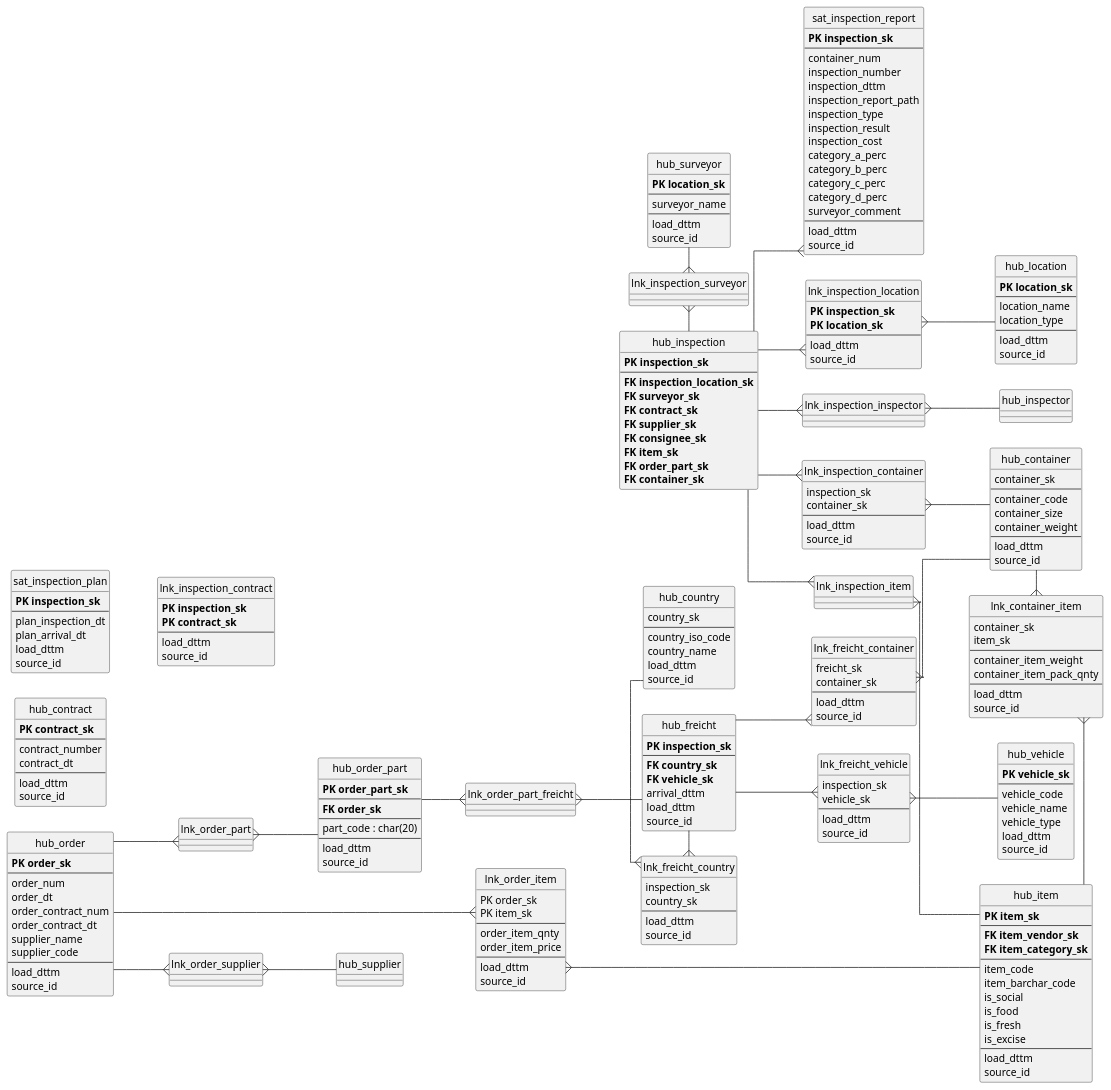
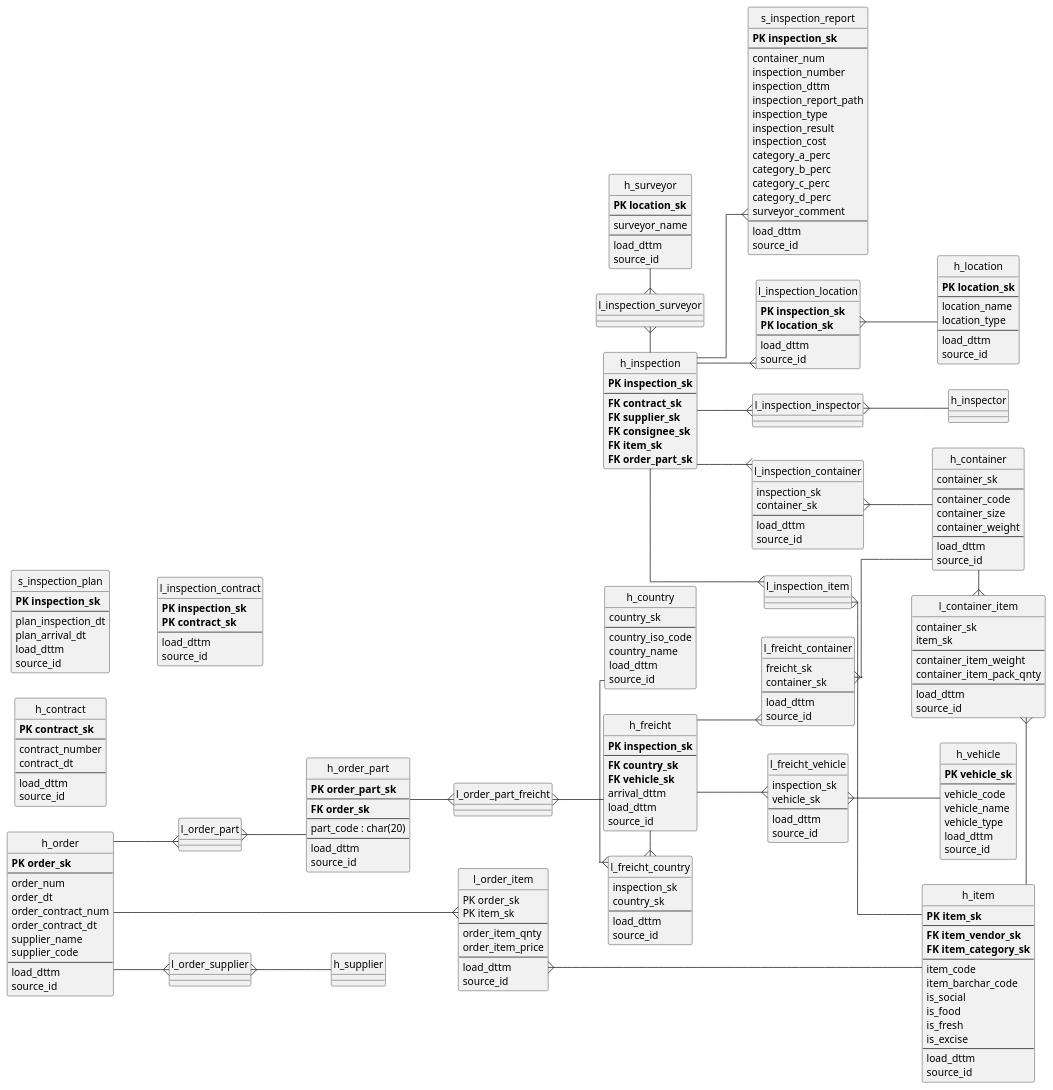
One commit to rsnlearn/karpov_hard_de_40 changed the diagram in 01_dwh_design/08_project/erd/inspections_data_vault.puml. Above: the diagram before and after it, drawn with PlantUML. The commit also changed 1 other file, not shown here.

```diff
--- a/01_dwh_design/08_project/erd/inspections_data_vault.puml
+++ b/01_dwh_design/08_project/erd/inspections_data_vault.puml
@@ -7,20 +7,17 @@
 ' avoid problems with angled crows feet
 skinparam linetype ortho
 
-entity hub_inspection {
+entity h_inspection {
     **PK inspection_sk**
     --
-    **FK inspection_location_sk**
-    **FK surveyor_sk**
     **FK contract_sk**
     **FK supplier_sk**
     **FK consignee_sk**
     **FK item_sk**
     **FK order_part_sk**
-    **FK container_sk**
 }
 
-entity sat_inspection_plan {
+entity s_inspection_plan {
     **PK inspection_sk**
     --
     plan_inspection_dt
@@ -29,7 +26,7 @@
     source_id
 }
 
-entity hub_freicht {
+entity h_freicht {
     **PK inspection_sk**
     --
     **FK country_sk**
@@ -39,7 +36,7 @@
     source_id
 }
 
-entity hub_country {
+entity h_country {
     country_sk
     --
     country_iso_code
@@ -48,7 +45,7 @@
     source_id
 }
 
-entity lnk_freicht_country {
+entity l_freicht_country {
     inspection_sk
     country_sk
     --
@@ -56,7 +53,7 @@
     source_id
 }
 
-entity hub_vehicle {
+entity h_vehicle {
     **PK vehicle_sk**
     --
     vehicle_code
@@ -66,7 +63,7 @@
     source_id
 }
 
-entity lnk_freicht_vehicle {
+entity l_freicht_vehicle {
     inspection_sk
     vehicle_sk
     --
@@ -74,7 +71,7 @@
     source_id
 }
 
-entity hub_container {
+entity h_container {
     container_sk
     --
     container_code
@@ -85,7 +82,7 @@
     source_id
 }
 
-entity lnk_inspection_container {
+entity l_inspection_container {
     inspection_sk
     container_sk
     --
@@ -93,7 +90,7 @@
     source_id
 }
 
-entity lnk_freicht_container {
+entity l_freicht_container {
     freicht_sk
     container_sk
     --
@@ -101,7 +98,7 @@
     source_id
 }
 
-'entity sat_inspection_sendout{
+'entity s_inspection_sendout{
 '    **PK inspection_sk**
 '    --
 '    sendout_dt
@@ -109,7 +106,7 @@
 '    source_id
 '}
 
-entity lnk_container_item {
+entity l_container_item {
     container_sk
     item_sk
     --
@@ -120,7 +117,7 @@
     source_id
 }
 
-entity sat_inspection_report {
+entity s_inspection_report {
     **PK inspection_sk**
     --
     container_num
@@ -140,7 +137,7 @@
     source_id
 }
 
-entity hub_item {
+entity h_item {
     **PK item_sk**
     --
     **FK item_vendor_sk**
@@ -157,7 +154,7 @@
     source_id
 }
 
-entity hub_location {
+entity h_location {
     **PK location_sk**
     --
     location_name
@@ -167,7 +164,7 @@
     source_id
 }
 
-entity lnk_inspection_location{
+entity l_inspection_location{
     **PK inspection_sk**
     **PK location_sk**
     --
@@ -175,7 +172,7 @@
     source_id
 }
 
-entity hub_surveyor {
+entity h_surveyor {
     **PK location_sk**
     --
     surveyor_name
@@ -184,7 +181,7 @@
     source_id
 }
 
-entity hub_contract {
+entity h_contract {
     **PK contract_sk**
     --
     contract_number
@@ -194,7 +191,7 @@
     source_id
 }
 
-entity lnk_inspection_contract {
+entity l_inspection_contract {
     **PK inspection_sk**
     **PK contract_sk**
     --
@@ -202,7 +199,7 @@
     source_id
 }
 
-entity hub_order {
+entity h_order {
     **PK order_sk**
     --
     order_num
@@ -216,7 +213,7 @@
     source_id
 }
 
-entity lnk_order_item {
+entity l_order_item {
     PK order_sk
     PK item_sk
     --
@@ -227,7 +224,7 @@
     source_id
 }
 
-entity hub_order_part {
+entity h_order_part {
     **PK order_part_sk**
     --
     **FK order_sk**
@@ -265,69 +262,69 @@
 '    utilization_qnty
 '}
 
-'sat_inspection_report ||..up[hidden]|| sat_inspection_freicht
-'sat_inspection_freicht ||..up[hidden]|| sat_inspection_plan
-'sat_inspection_freicht ||.up[hidden]|| sat_inspection_sendout
-'sat_inspection_report - hub_inspection
-'sat_inspection_freicht - hub_inspection
-'sat_inspection_plan - hub_inspection
-'sat_inspection_sendout- hub_inspection
-'hub_location ||..[hidden]|| hub_country
-'hub_surveyor ||..[hidden]|| hub_item
-'hub_country ||.down[hidden]|| hub_item
-'hub_location ||--o{ lnk_inspection_location
-'lnk_inspection_location }o--|| hub_inspection
-'hub_country ||--o{ lnk_inspection_country
-'lnk_inspection_country }o--|| hub_inspection
-'hub_item ||--o{ hub_inspection
-'hub_surveyor ||--o{ hub_inspection
-'hub_inspection }o--|| lnk_inspection_contract
-'lnk_inspection_contract }o--|| hub_contract
-'hub_inspection }o--|| hub_order_part
-'hub_inspection }o--|| hub_vehicle
-'hub_order_part }o--|| fact_order
-'hub_country ||.down[hidden]|| hub_item
-'hub_inspection ||-o{fact_sorting
+'s_inspection_report ||..up[hidden]|| s_inspection_freicht
+'s_inspection_freicht ||..up[hidden]|| s_inspection_plan
+'s_inspection_freicht ||.up[hidden]|| s_inspection_sendout
+'s_inspection_report - h_inspection
+'s_inspection_freicht - h_inspection
+'s_inspection_plan - h_inspection
+'s_inspection_sendout- h_inspection
+'h_location ||..[hidden]|| h_country
+'h_surveyor ||..[hidden]|| h_item
+'h_country ||.down[hidden]|| h_item
+'h_location ||--o{ l_inspection_location
+'l_inspection_location }o--|| h_inspection
+'h_country ||--o{ l_inspection_country
+'l_inspection_country }o--|| h_inspection
+'h_item ||--o{ h_inspection
+'h_surveyor ||--o{ h_inspection
+'h_inspection }o--|| l_inspection_contract
+'l_inspection_contract }o--|| h_contract
+'h_inspection }o--|| h_order_part
+'h_inspection }o--|| h_vehicle
+'h_order_part }o--|| fact_order
+'h_country ||.down[hidden]|| h_item
+'h_inspection ||-o{fact_sorting
 
-hub_freicht -{ lnk_freicht_country
-lnk_freicht_country }-left hub_country
+h_freicht -{ l_freicht_country
+l_freicht_country }-left h_country
 
-hub_freicht --{ lnk_freicht_vehicle
-lnk_freicht_vehicle }-- hub_vehicle
+h_freicht --{ l_freicht_vehicle
+l_freicht_vehicle }-- h_vehicle
 
-hub_freicht --{ lnk_freicht_container
-lnk_freicht_container }-- hub_container
+h_freicht --{ l_freicht_container
+l_freicht_container }-- h_container
 
-hub_inspection -{ lnk_inspection_container
-lnk_inspection_container }- hub_container
+h_inspection -{ l_inspection_container
+l_inspection_container }- h_container
 
-hub_container -{ lnk_container_item
-lnk_container_item }- hub_item
+h_container -{ l_container_item
+l_container_item }- h_item
 
-hub_order -{ lnk_order_item
-lnk_order_item }- hub_item
+h_order -{ l_order_item
+l_order_item }- h_item
 
-hub_order --{ lnk_order_part
-lnk_order_part }-- hub_order_part
+h_order --{ l_order_part
+l_order_part }-- h_order_part
 
-hub_order_part --{ lnk_order_part_freicht
-lnk_order_part_freicht }-- hub_freicht
+h_order_part --{ l_order_part_freicht
+l_order_part_freicht }-- h_freicht
 
-hub_order --{ lnk_order_supplier
-lnk_order_supplier }-- hub_supplier
+h_order --{ l_order_supplier
+l_order_supplier }-- h_supplier
 
-hub_inspection -left{ lnk_inspection_surveyor
-lnk_inspection_surveyor }-left hub_surveyor
+h_inspection -left{ l_inspection_surveyor
+l_inspection_surveyor }-left h_surveyor
 
-hub_inspection --{ lnk_inspection_item
-lnk_inspection_item }-- hub_item
+h_inspection --{ l_inspection_item
+l_inspection_item }-- h_item
 
-hub_inspection --{ lnk_inspection_location
-lnk_inspection_location }-- hub_location
+h_inspection --{ l_inspection_location
+l_inspection_location }-- h_location
 
-hub_inspection --{ lnk_inspection_inspector
-lnk_inspection_inspector }-- hub_inspector
+h_inspection --{ l_inspection_inspector
+l_inspection_inspector }-- h_inspector
 
-hub_inspection --{ sat_inspection_report
+h_inspection --{ s_inspection_report
 
 @enduml
```
